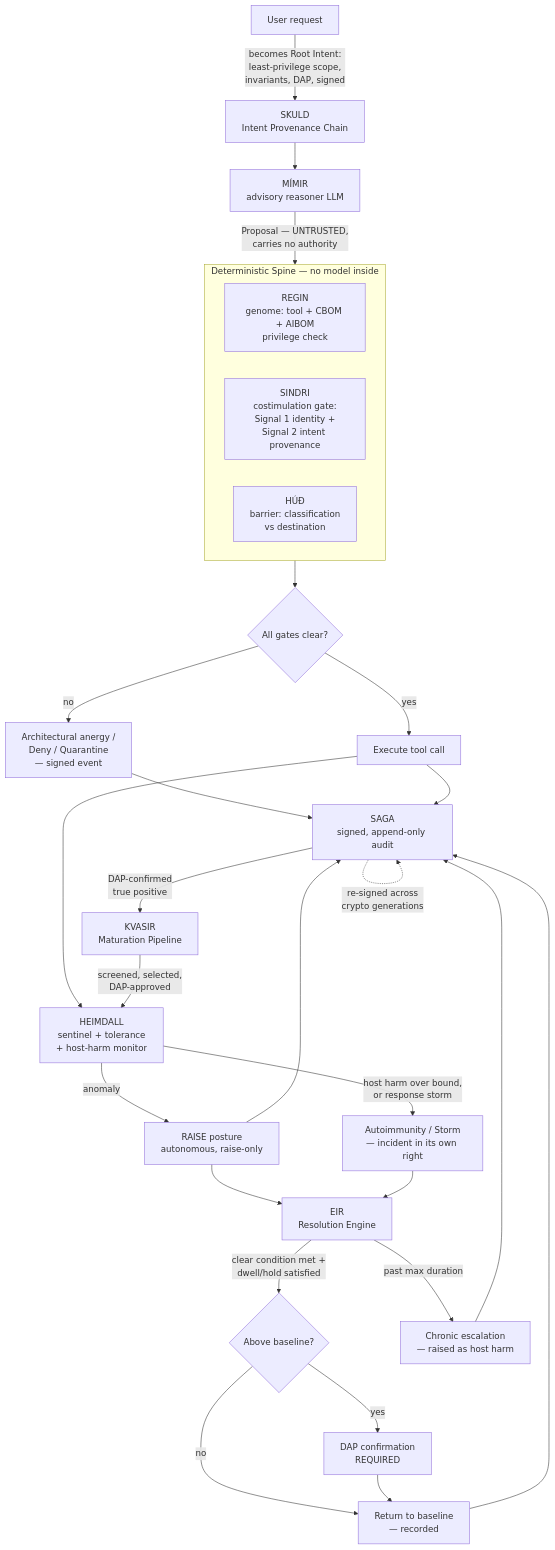
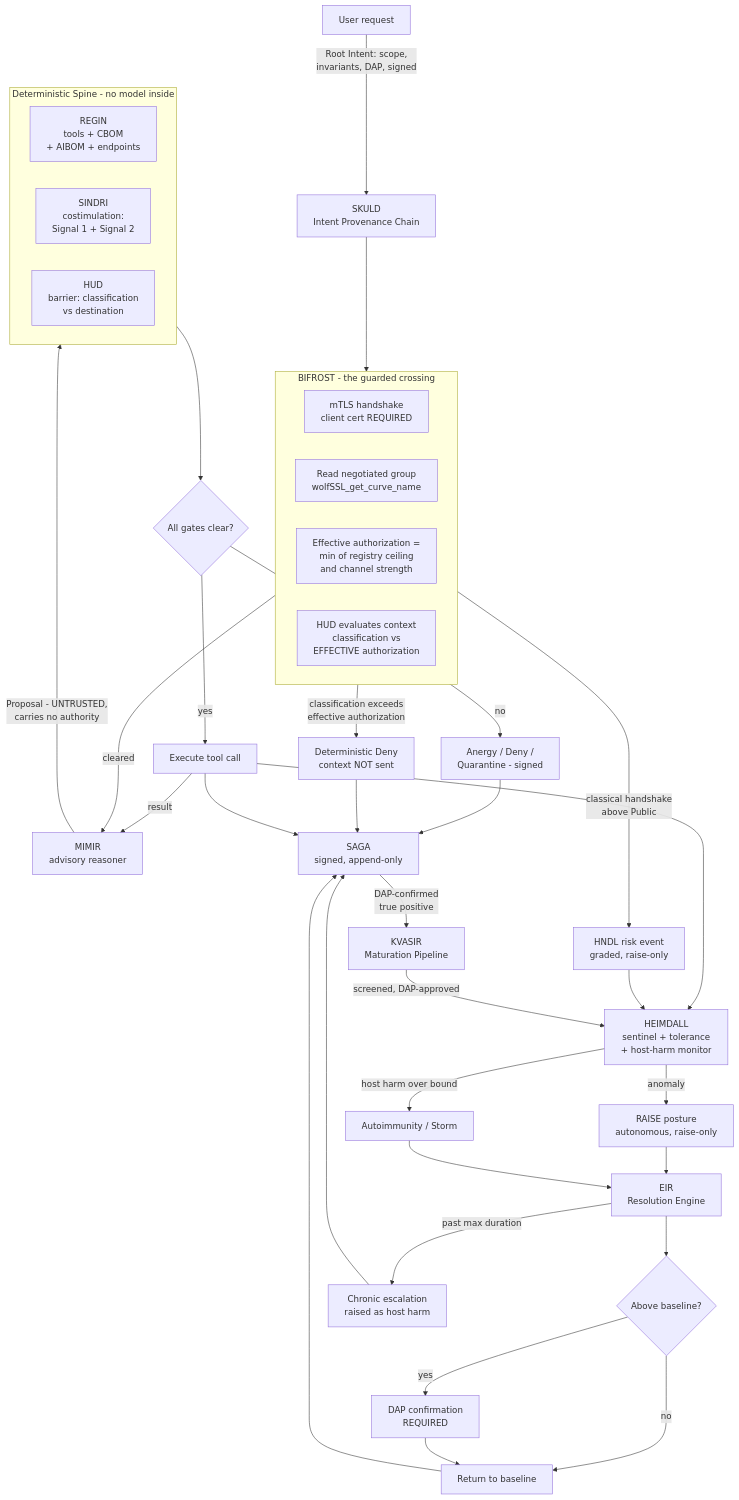
One commit to TheOdinheim/BROKKR changed the diagram in docs/BROKKR-ARCH-2026-001.md. Above: the diagram before and after it, drawn with Mermaid. The commit also changed other lines of this file and 1 other file, not shown here.

First line of the commit message:
Architecture Rev 1.2, build rules v1.4: BIFRÖST — govern the reasoner channel

````diff
--- a/docs/BROKKR-ARCH-2026-001.md
+++ b/docs/BROKKR-ARCH-2026-001.md
@@ -126,38 +134,52 @@
 ```mermaid
 flowchart TD
-    U[User request] -->|becomes Root Intent:<br/>least-privilege scope,<br/>invariants, DAP, signed| SK[SKULD<br/>Intent Provenance Chain]
-    SK --> M[MÍMIR<br/>advisory reasoner LLM]
-    M -->|Proposal — UNTRUSTED,<br/>carries no authority| SPINE
+    U[User request] -->|Root Intent: scope,<br/>invariants, DAP, signed| SK[SKULD<br/>Intent Provenance Chain]
 
-    subgraph SPINE[Deterministic Spine — no model inside]
-        RG[REGIN<br/>genome: tool + CBOM + AIBOM<br/>privilege check]
-        SI[SINDRI<br/>costimulation gate:<br/>Signal 1 identity +<br/>Signal 2 intent provenance]
-        HU[HÚÐ<br/>barrier: classification<br/>vs destination]
+    SK --> BF
+
+    subgraph BF[BIFROST - the guarded crossing]
+        MTLS[mTLS handshake<br/>client cert REQUIRED]
+        NEG[Read negotiated group<br/>wolfSSL_get_curve_name]
+        EFF[Effective authorization =<br/>min of registry ceiling<br/>and channel strength]
+        HB[HUD evaluates context<br/>classification vs<br/>EFFECTIVE authorization]
+    end
+
+    BF -->|classification exceeds<br/>effective authorization| DENYC[Deterministic Deny<br/>context NOT sent]
+    BF -->|classical handshake<br/>above Public| HNDL[HNDL risk event<br/>graded, raise-only]
+    BF -->|cleared| M[MIMIR<br/>advisory reasoner]
+
+    M -->|Proposal - UNTRUSTED,<br/>carries no authority| SPINE
+
+    subgraph SPINE[Deterministic Spine - no model inside]
+        RG[REGIN<br/>tools + CBOM<br/>+ AIBOM + endpoints]
+        SI[SINDRI<br/>costimulation:<br/>Signal 1 + Signal 2]
+        HU[HUD<br/>barrier: classification<br/>vs destination]
     end
 
     SPINE --> D{All gates clear?}
-    D -->|no| DENY[Architectural anergy /<br/>Deny / Quarantine<br/>— signed event]
+    D -->|no| DENY[Anergy / Deny /<br/>Quarantine - signed]
     D -->|yes| EX[Execute tool call]
 
     EX --> HE[HEIMDALL<br/>sentinel + tolerance<br/>+ host-harm monitor]
+    HNDL --> HE
     HE -->|anomaly| RAISE[RAISE posture<br/>autonomous, raise-only]
-    HE -->|host harm over bound,<br/>or response storm| INC[Autoimmunity / Storm<br/>— incident in its own right]
+    HE -->|host harm over bound| INC[Autoimmunity / Storm]
 
     RAISE --> EIR[EIR<br/>Resolution Engine]
     INC --> EIR
-    EIR -->|clear condition met +<br/>dwell/hold satisfied| DAPQ{Above baseline?}
-    DAPQ -->|yes| DAP[DAP confirmation<br/>REQUIRED]
-    DAPQ -->|no| BASE[Return to baseline<br/>— recorded]
-    DAP --> BASE
-    EIR -->|past max duration| CHRONIC[Chronic escalation<br/>— raised as host harm]
+    EIR --> DAPQ{Above baseline?}
+    DAPQ -->|yes| DAPC[DAP confirmation<br/>REQUIRED]
+    DAPQ -->|no| BASE[Return to baseline]
+    DAPC --> BASE
+    EIR -->|past max duration| CHRONIC[Chronic escalation<br/>raised as host harm]
 
+    EX -->|result| M
     DENY --> SA
+    DENYC --> SA
     EX --> SA
-    RAISE --> SA
-    BASE --> SA[SAGA<br/>signed, append-only audit]
+    BASE --> SA[SAGA<br/>signed, append-only]
     CHRONIC --> SA
 
     SA -->|DAP-confirmed<br/>true positive| KV[KVASIR<br/>Maturation Pipeline]
-    KV -->|screened, selected,<br/>DAP-approved| HE
-    SA -.->|re-signed across<br/>crypto generations| SA
+    KV -->|screened, DAP-approved| HE
 ```
````
